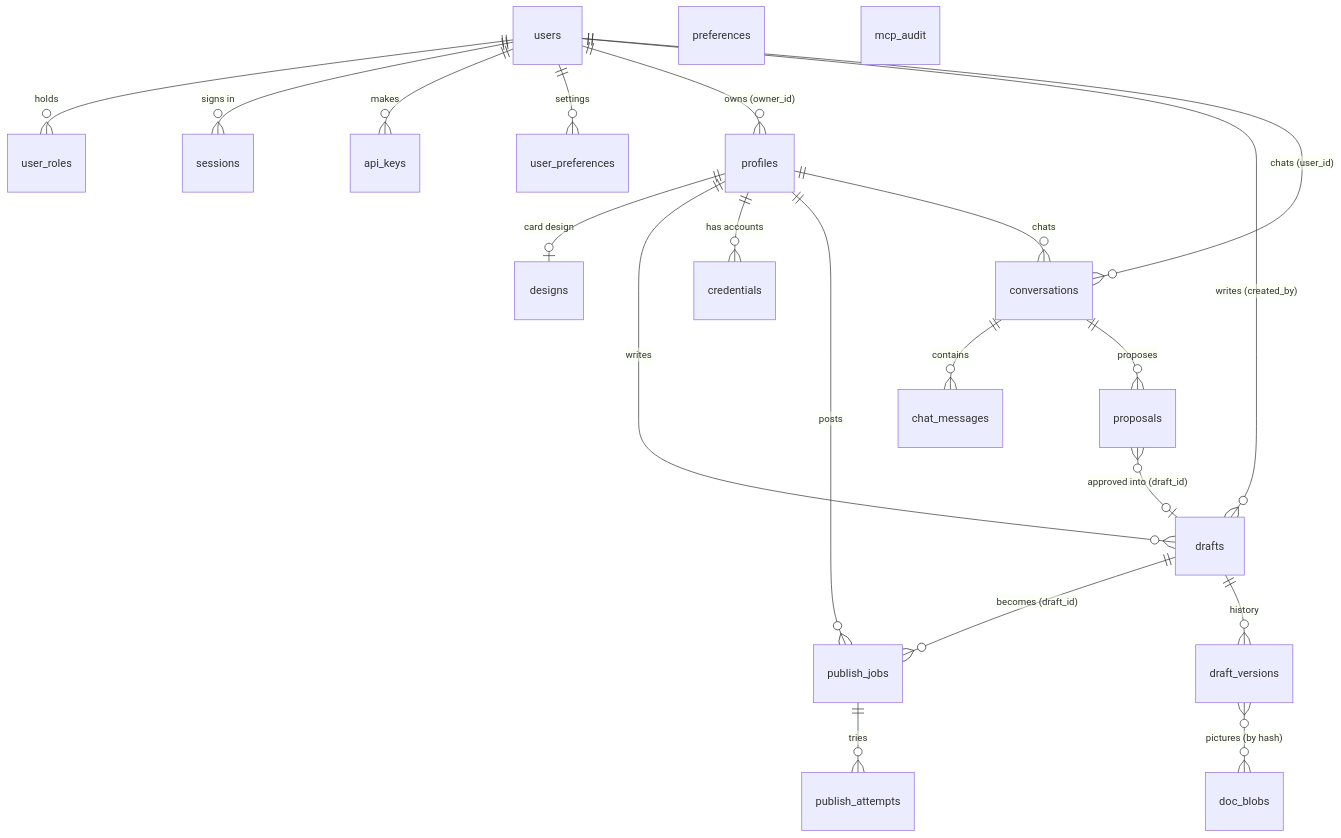
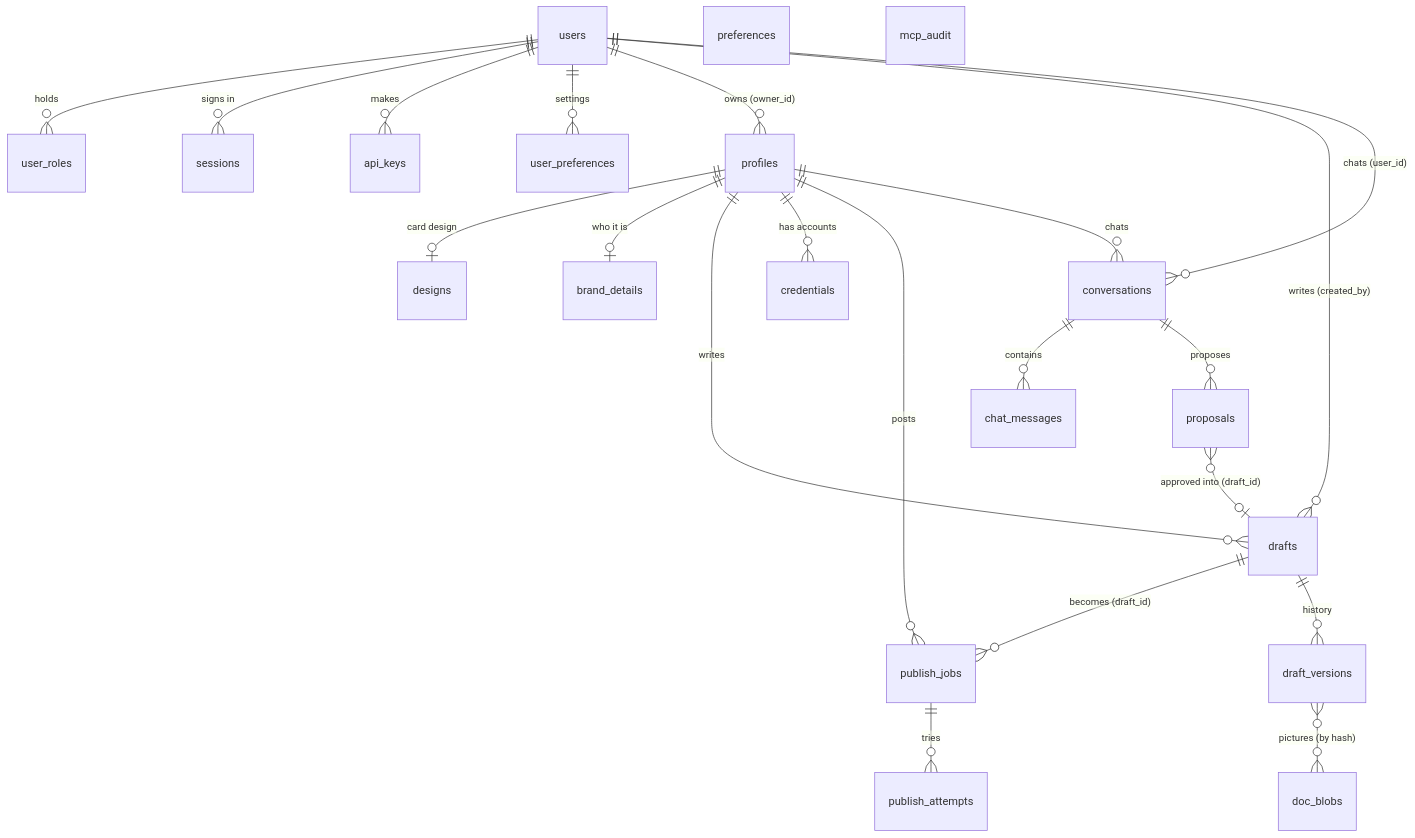
One commit to senthilsweb/cardpress changed the first of 2 diagrams in docs/data-model.md. Above: the diagram before and after it, drawn with Mermaid. The commit also changed other lines of this file and 17 other files, not shown here.

First line of the commit message:
Brand details: who a brand is, kept private

````diff
--- a/docs/data-model.md
+++ b/docs/data-model.md
@@ -16,24 +16,25 @@
 ```mermaid
 erDiagram
     profiles ||--o| designs : "card design"
+    profiles ||--o| brand_details : "who it is"
     profiles ||--o{ drafts : writes
     profiles ||--o{ credentials : "has accounts"
     profiles ||--o{ publish_jobs : posts
     profiles ||--o{ conversations : chats
     drafts ||--o{ publish_jobs : "becomes (draft_id)"
     publish_jobs ||--o{ publish_attempts : "tries"
     conversations ||--o{ chat_messages : contains
     conversations ||--o{ proposals : "proposes"
     proposals }o--o| drafts : "approved into (draft_id)"
     drafts ||--o{ draft_versions : "history"
     draft_versions }o--o{ doc_blobs : "pictures (by hash)"
     users ||--o{ user_roles : "holds"
     users ||--o{ sessions : "signs in"
     users ||--o{ api_keys : "makes"
     users ||--o{ user_preferences : "settings"
     users ||--o{ profiles : "owns (owner_id)"
     users ||--o{ drafts : "writes (created_by)"
     users ||--o{ conversations : "chats (user_id)"
     preferences
     mcp_audit
 ```
````
